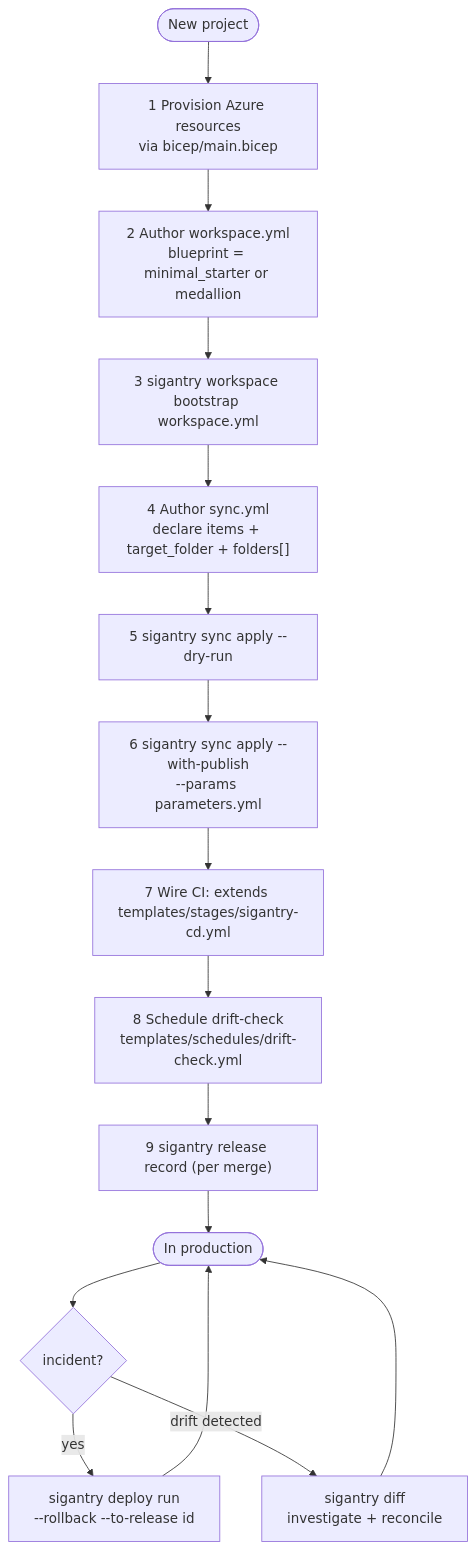
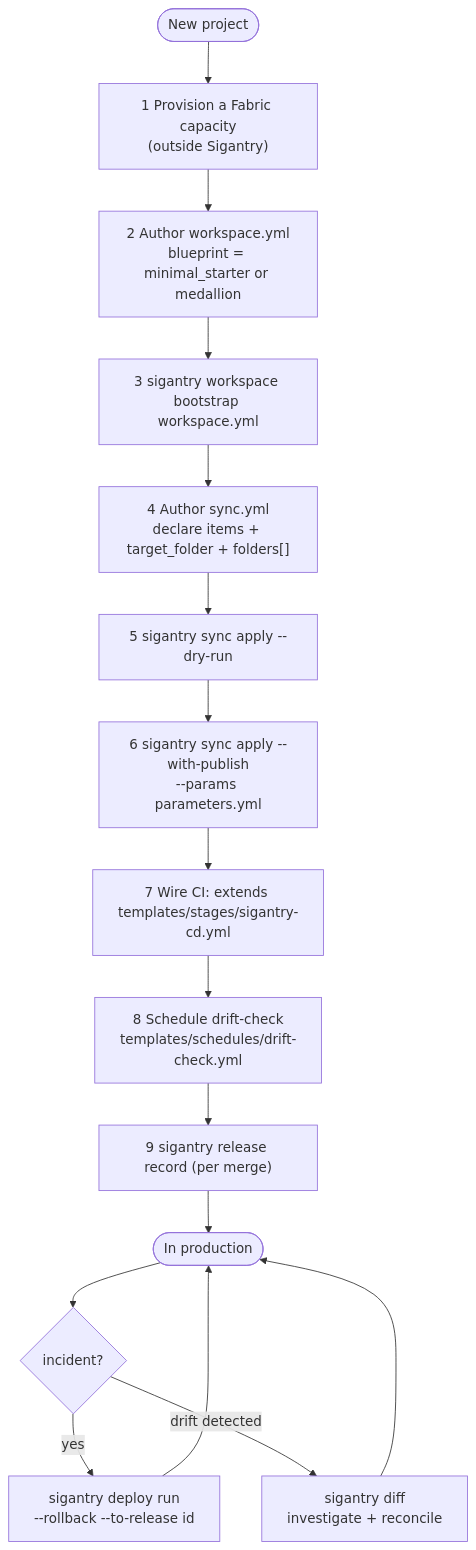
Before and after one commit to Bralabee/sigantry: the eighth of 9 diagrams in docs/CAPABILITIES.md, drawn with Mermaid. The commit also changed other lines of this file and 20 other files, not shown here.

````diff
--- a/docs/CAPABILITIES.md
+++ b/docs/CAPABILITIES.md
@@ -703,18 +687,18 @@
 ```mermaid
 flowchart TD
-    START([New project]) --> A["1 Provision Azure resources<br/>via bicep/main.bicep"]
+    START([New project]) --> A["1 Provision a Fabric capacity<br/>(outside Sigantry)"]
     A --> B["2 Author workspace.yml<br/>blueprint = minimal_starter or medallion"]
     B --> C["3 sigantry workspace bootstrap workspace.yml"]
     C --> D["4 Author sync.yml<br/>declare items + target_folder + folders[]"]
     D --> E["5 sigantry sync apply --dry-run"]
     E --> F["6 sigantry sync apply --with-publish<br/>--params parameters.yml"]
     F --> G["7 Wire CI: extends templates/stages/sigantry-cd.yml"]
     G --> H["8 Schedule drift-check<br/>templates/schedules/drift-check.yml"]
     H --> I["9 sigantry release record (per merge)"]
     I --> END([In production])
     END --> R{"incident?"}
     R -->|"yes"| RB["sigantry deploy run<br/>--rollback --to-release id"]
     RB --> END
     R -->|"drift detected"| DRIFT["sigantry diff<br/>investigate + reconcile"]
     DRIFT --> END
 ```
````
